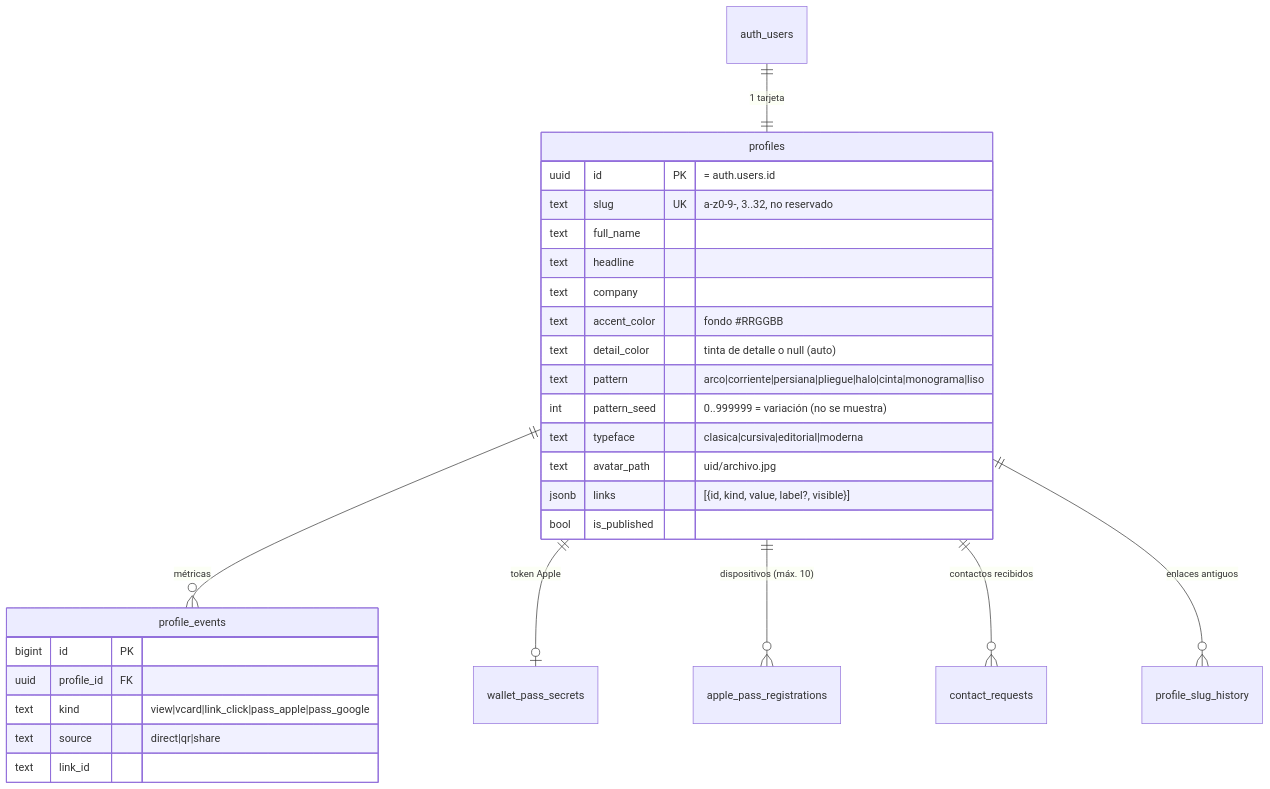
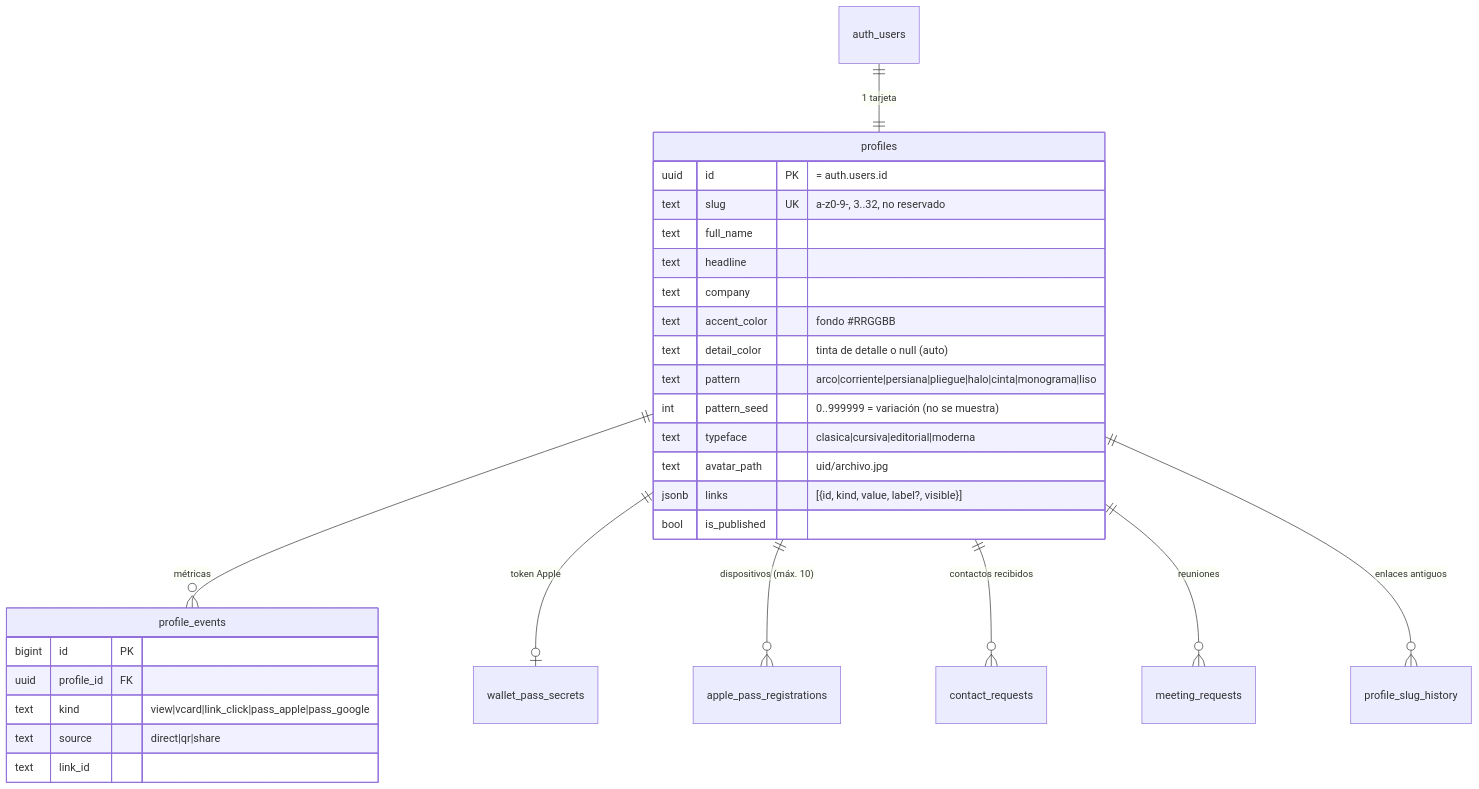
Before and after one commit to diegomolinacatala/PassMe: the second of 5 diagrams in docs/ARCHITECTURE.md, drawn with Mermaid. The commit also changed other lines of this file and 54 other files, not shown here.

````diff
--- a/docs/ARCHITECTURE.md
+++ b/docs/ARCHITECTURE.md
@@ -51,32 +56,33 @@
 ```mermaid
 erDiagram
     auth_users ||--|| profiles : "1 tarjeta"
     profiles ||--o{ profile_events : "métricas"
     profiles ||--o| wallet_pass_secrets : "token Apple"
     profiles ||--o{ apple_pass_registrations : "dispositivos (máx. 10)"
     profiles ||--o{ contact_requests : "contactos recibidos"
+    profiles ||--o{ meeting_requests : "reuniones"
     profiles ||--o{ profile_slug_history : "enlaces antiguos"
 
     profiles {
         uuid id PK "= auth.users.id"
         text slug UK "a-z0-9-, 3..32, no reservado"
         text full_name
         text headline
         text company
         text accent_color "fondo #RRGGBB"
         text detail_color "tinta de detalle o null (auto)"
         text pattern "arco|corriente|persiana|pliegue|halo|cinta|monograma|liso"
         int pattern_seed "0..999999 = variación (no se muestra)"
         text typeface "clasica|cursiva|editorial|moderna"
         text avatar_path "uid/archivo.jpg"
         jsonb links "[{id, kind, value, label?, visible}]"
         bool is_published
     }
     profile_events {
         bigint id PK
         uuid profile_id FK
         text kind "view|vcard|link_click|pass_apple|pass_google"
         text source "direct|qr|share"
         text link_id
     }
 ```
````
